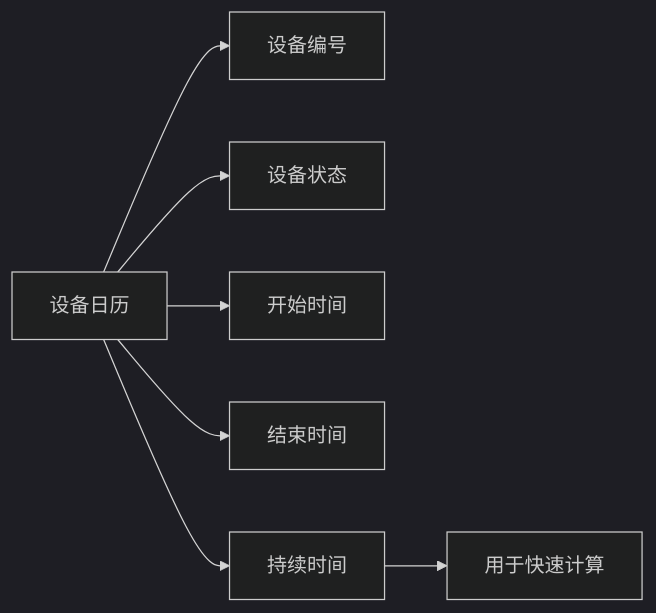
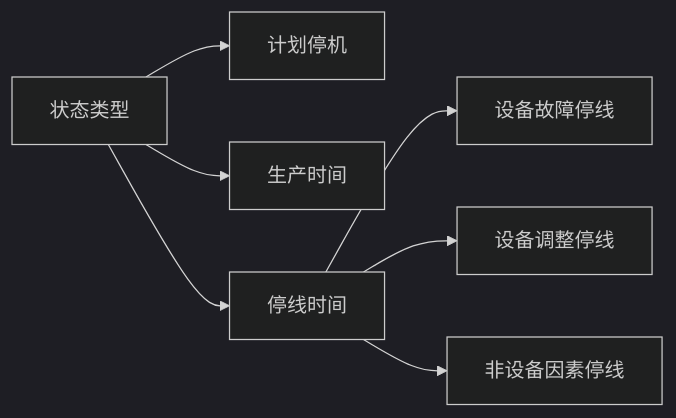
One commit to nbaxp/examples changed the first of 3 diagrams in dotnet/aspnet/Wta/be/src/Wta.Web/wwwroot/src/assets/docs/product/oee.md. Above: the diagram before and after it, drawn with Mermaid (dark theme). The commit also changed other lines of this file and 5 other files, not shown here.

````diff
--- a/dotnet/aspnet/Wta/be/src/Wta.Web/wwwroot/src/assets/docs/product/oee.md
+++ b/dotnet/aspnet/Wta/be/src/Wta.Web/wwwroot/src/assets/docs/product/oee.md
@@ -8,8 +7,9 @@
 ```mermaid
 flowchart LR
-设备日历-->设备编号
-设备日历-->设备状态
-设备日历-->开始时间
-设备日历-->结束时间
-设备日历-->持续时间-->用于快速计算
+状态类型-->计划停机
+状态类型-->生产时间
+状态类型-->停线时间
+停线时间-->设备故障停线
+停线时间-->设备调整停线
+停线时间-->非设备因素停线
 ```
````
